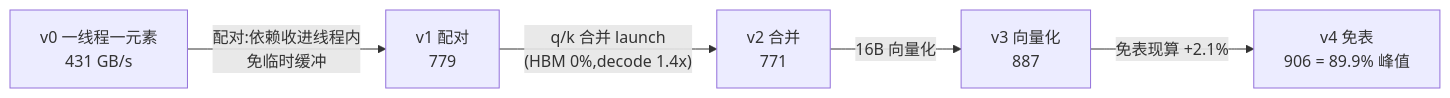
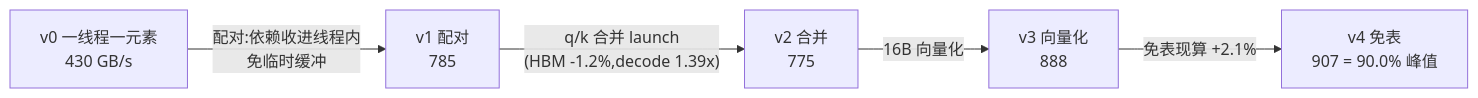
Before and after one commit to lyell0710/Kernel_Optimazation: the diagram in rope/README.md, drawn with Mermaid. The commit also changed other lines of this file and 19 other files, not shown here.

````diff
--- a/rope/README.md
+++ b/rope/README.md
@@ -36,7 +36,7 @@
 ```mermaid
 flowchart LR
-    v0["v0 一线程一元素<br>431 GB/s"] -->|"配对:依赖收进线程内<br>免临时缓冲"| v1["v1 配对<br>779"]
-    v1 -->|"q/k 合并 launch<br>(HBM 0%,decode 1.4x)"| v2["v2 合并<br>771"]
-    v2 -->|"16B 向量化"| v3["v3 向量化<br>887"]
-    v3 -->|"免表现算 +2.1%"| v4["v4 免表<br>906 = 89.9% 峰值"]
+    v0["v0 一线程一元素<br>430 GB/s"] -->|"配对:依赖收进线程内<br>免临时缓冲"| v1["v1 配对<br>785"]
+    v1 -->|"q/k 合并 launch<br>(HBM -1.2%,decode 1.39x)"| v2["v2 合并<br>775"]
+    v2 -->|"16B 向量化"| v3["v3 向量化<br>888"]
+    v3 -->|"免表现算 +2.1%"| v4["v4 免表<br>907 = 90.0% 峰值"]
 ```
````
